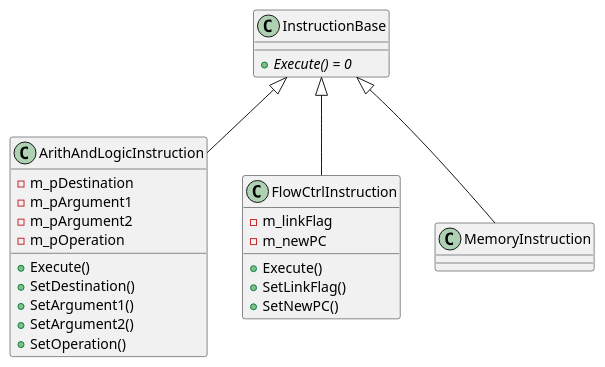
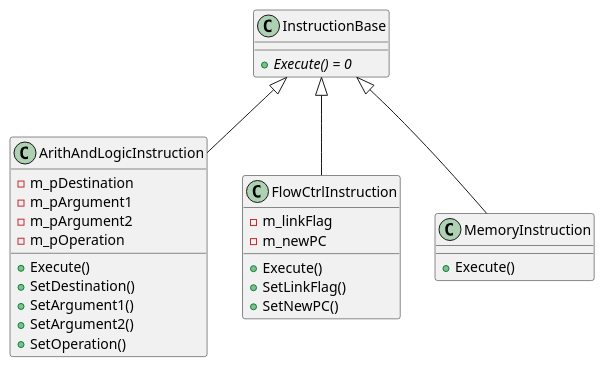
Before and after one commit to KaravolisL/ARM-ISA-Simulator: the third of 3 diagrams in docs/Instruction_Execution.md, drawn with PlantUML. The commit also changed 6 other files, not shown here.

````diff
--- a/docs/Instruction_Execution.md
+++ b/docs/Instruction_Execution.md
@@ -89,41 +89,41 @@
 ```plantuml
 @startuml
 
 class InstructionBase
 {
     {abstract} + Execute() = 0
 }
 
 class ArithAndLogicInstruction
 {
     - m_pDestination
     - m_pArgument1
     - m_pArgument2
     - m_pOperation
     + Execute()
     + SetDestination()
     + SetArgument1()
     + SetArgument2()
     + SetOperation()
 }
 
 class FlowCtrlInstruction
 {
     - m_linkFlag
     - m_newPC
     + Execute()
     + SetLinkFlag()
     + SetNewPC()
 }
 
 class MemoryInstruction
 {
-
+    + Execute()
 }
 
 InstructionBase <|-- ArithAndLogicInstruction
 InstructionBase <|-- FlowCtrlInstruction
 InstructionBase <|-- MemoryInstruction
 
 @enduml
 ```
````
